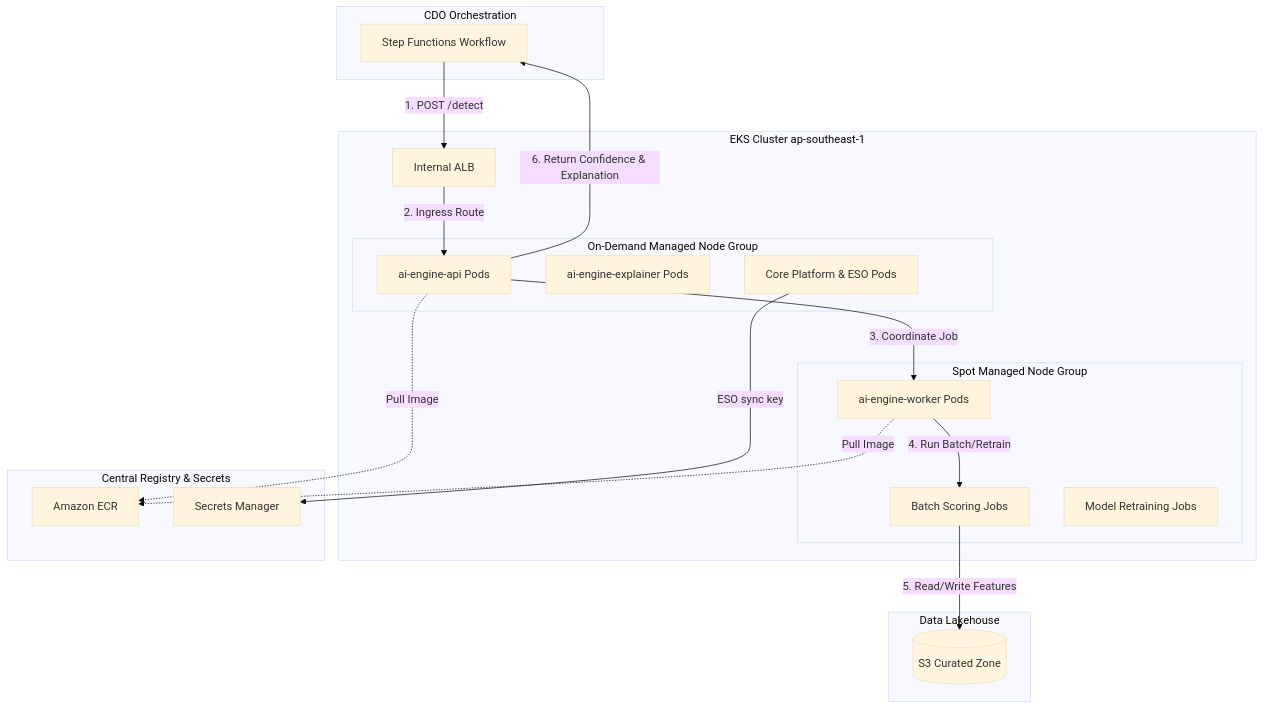
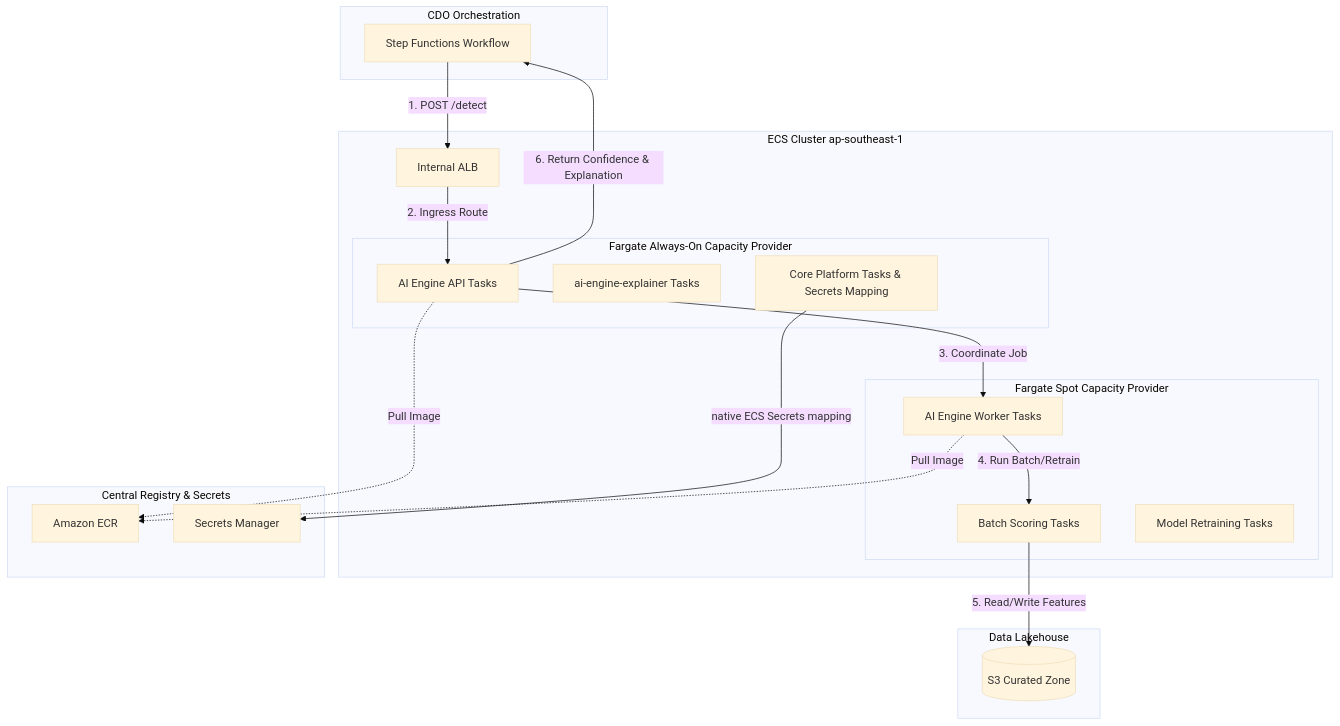
The fourth of 5 diagrams in docs/tf2-finops/02_infra_design_vi.md (hungxqt/tf2-finops-docs), drawn with Mermaid (base theme) before and after one commit. The commit also changed other lines of this file and 23 other files, not shown here.

````diff
--- a/docs/tf2-finops/02_infra_design_vi.md
+++ b/docs/tf2-finops/02_infra_design_vi.md
@@ -166,43 +169,43 @@
 ```mermaid
 graph TB
     subgraph "CDO Orchestration"
         SF[Step Functions Workflow]
     end
 
     subgraph "Data Lakehouse"
         CuratedS3[(S3 Curated Zone)]
     end
 
-    subgraph "EKS Cluster ap-southeast-1"
+    subgraph "ECS Cluster ap-southeast-1"
         ALB[Internal ALB]
         
-        subgraph "On-Demand Managed Node Group"
-            API[ai-engine-api Pods]
-            EXP[ai-engine-explainer Pods]
-            Core[Core Platform & ESO Pods]
+        subgraph "Fargate Always-On Capacity Provider"
+            API[AI Engine API Tasks]
+            EXP[ai-engine-explainer Tasks]
+            Core[Core Platform Tasks & Secrets Mapping]
         end
 
-        subgraph "Spot Managed Node Group"
-            Worker[ai-engine-worker Pods]
-            Batch[Batch Scoring Jobs]
-            Train[Model Retraining Jobs]
+        subgraph "Fargate Spot Capacity Provider"
+            Worker[AI Engine Worker Tasks]
+            Batch[Batch Scoring Tasks]
+            Train[Model Retraining Tasks]
         end
     end
     
     subgraph "Central Registry & Secrets"
         ECR[Amazon ECR]
         SM[Secrets Manager]
     end
 
     %% Flow
     SF -->|1. POST /detect| ALB
     ALB -->|2. Ingress Route| API
     API -->|3. Coordinate Job| Worker
     Worker -->|4. Run Batch/Retrain| Batch
     Batch -->|5. Read/Write Features| CuratedS3
     API -->|6. Return Confidence & Explanation| SF
     
-    Core -->|ESO sync key| SM
+    Core -->|native ECS Secrets mapping| SM
     API -.->|Pull Image| ECR
     Worker -.->|Pull Image| ECR
 ```
````
